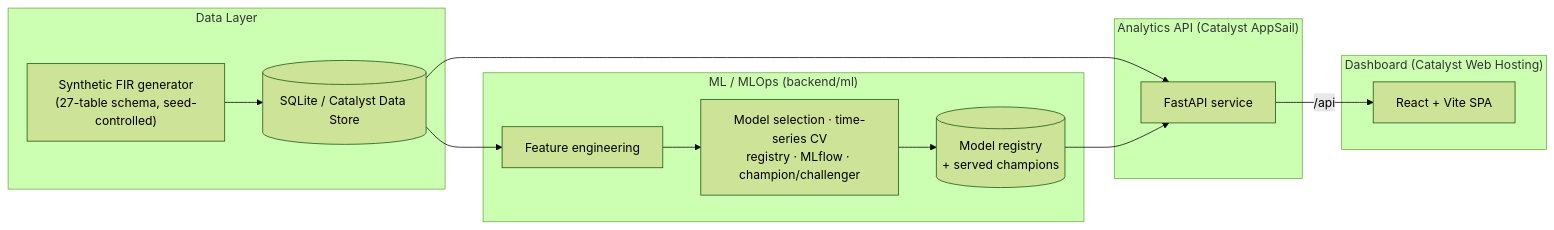
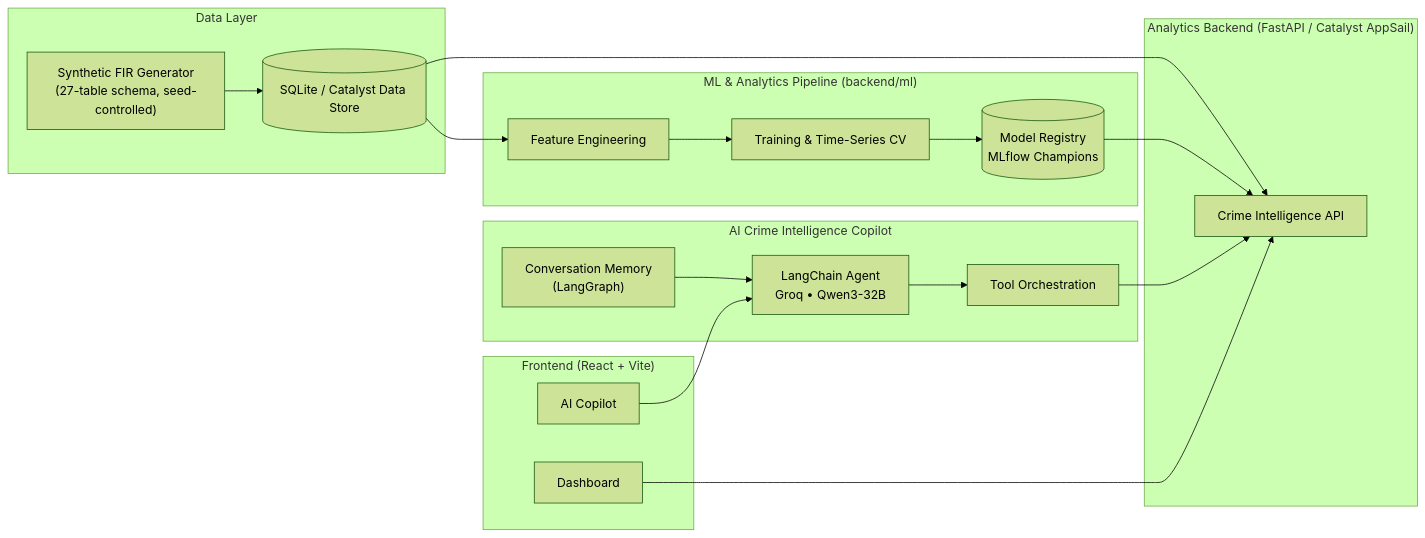
Before and after one commit to Raunakg2005/astra-crime-intelligence: the diagram in README.md, drawn with Mermaid (forest theme). The commit also changed other lines of this file and 1 other file, not shown here.

````diff
--- a/README.md
+++ b/README.md
@@ -52,18 +99,42 @@
 ```mermaid
 flowchart LR
+
     subgraph Data["Data Layer"]
-      GEN["Synthetic FIR generator<br/>(27-table schema, seed-controlled)"] --> DB[("SQLite / Catalyst Data Store")]
+        GEN["Synthetic FIR Generator<br/>(27-table schema, seed-controlled)"]
+        DB[("SQLite / Catalyst Data Store")]
+        GEN --> DB
     end
-    subgraph ML["ML / MLOps  (backend/ml)"]
-      DB --> FE["Feature engineering"]
-      FE --> PIPE["Model selection · time-series CV<br/>registry · MLflow · champion/challenger"]
-      PIPE --> REG[("Model registry<br/>+ served champions")]
+
+    subgraph ML["ML & Analytics Pipeline (backend/ml)"]
+        FE["Feature Engineering"]
+        TRAIN["Training & Time-Series CV"]
+        REG[("Model Registry<br/>MLflow Champions")]
+        DB --> FE
+        FE --> TRAIN
+        TRAIN --> REG
     end
-    subgraph API["Analytics API  (Catalyst AppSail)"]
-      DB --> SVC["FastAPI service"]
-      REG --> SVC
+
+    subgraph API["Analytics Backend (FastAPI / Catalyst AppSail)"]
+        SVC["Crime Intelligence API"]
+        DB --> SVC
+        REG --> SVC
     end
-    subgraph UI["Dashboard  (Catalyst Web Hosting)"]
-      SVC -->|/api| SPA["React + Vite SPA"]
+
+    subgraph Agent["AI Crime Intelligence Copilot"]
+        LLM["LangChain Agent<br/>Groq • Qwen3-32B"]
+        TOOLS["Tool Orchestration"]
+        MEM["Conversation Memory<br/>(LangGraph)"]
+
+        LLM --> TOOLS
+        MEM --> LLM
+        TOOLS --> SVC
+    end
+
+    subgraph UI["Frontend (React + Vite)"]
+        DASH["Dashboard"]
+        CHAT["AI Copilot"]
+
+        DASH --> SVC
+        CHAT --> LLM
     end
 ```
````
